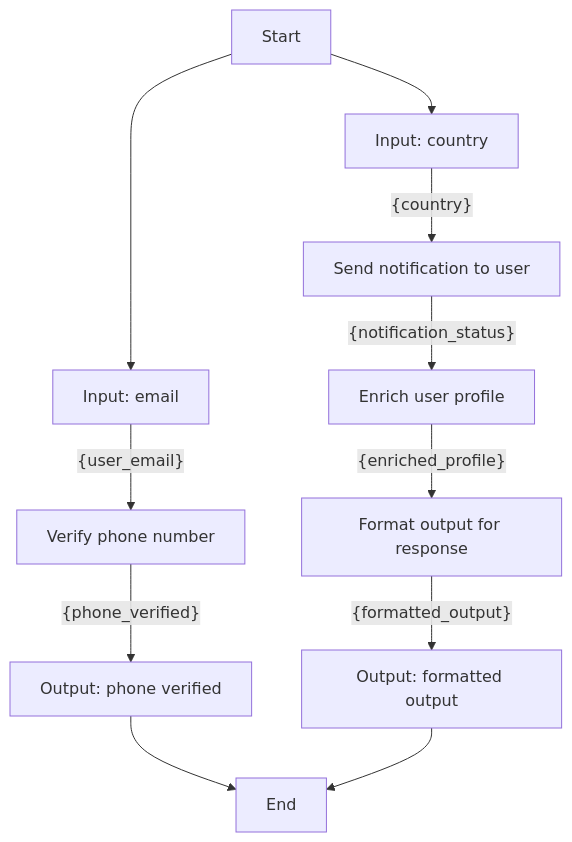
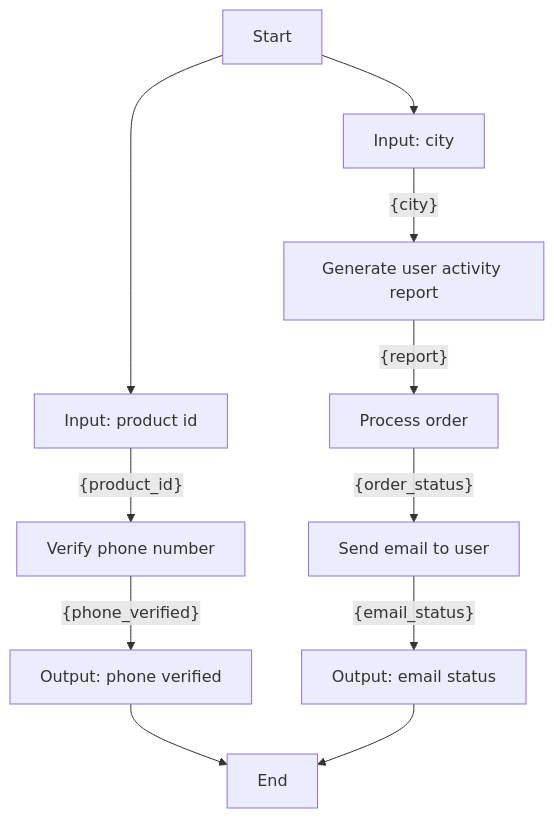
The diagram in poc-dsl-compiler/input/workflows/workflow_5.md (YJ-928/Temporal-Python-SDK), drawn with Mermaid before and after one commit. The commit also changed 48 other files, not shown here.

````diff
--- a/poc-dsl-compiler/input/workflows/workflow_5.md
+++ b/poc-dsl-compiler/input/workflows/workflow_5.md
@@ -1,13 +1,13 @@
 ```mermaid
 graph TD
-    A[Start] --> B[Input: email]
-    B[Input: email] -- {user_email} --> C[Verify phone number]
+    A[Start] --> B[Input: product id]
+    B[Input: product id] -- {product_id} --> C[Verify phone number]
     C[Verify phone number] -- {phone_verified} --> D[Output: phone verified]
     D[Output: phone verified] --> J[End]
-    A[Start] --> E[Input: country]
-    E[Input: country] -- {country} --> F[Send notification to user]
-    F[Send notification to user] -- {notification_status} --> G[Enrich user profile]
-    G[Enrich user profile] -- {enriched_profile} --> H[Format output for response]
-    H[Format output for response] -- {formatted_output} --> I[Output: formatted output]
-    I[Output: formatted output] --> J[End]
+    A[Start] --> E[Input: city]
+    E[Input: city] -- {city} --> F[Generate user activity report]
+    F[Generate user activity report] -- {report} --> G[Process order]
+    G[Process order] -- {order_status} --> H[Send email to user]
+    H[Send email to user] -- {email_status} --> I[Output: email status]
+    I[Output: email status] --> J[End]
 ```
````
